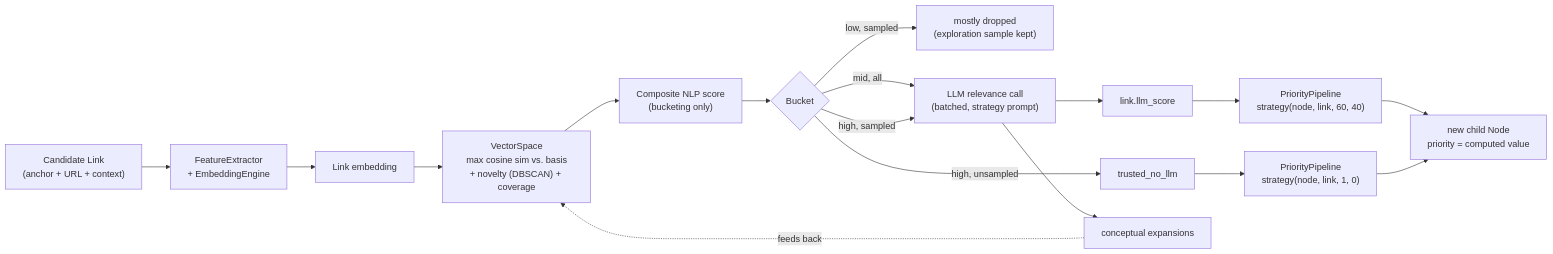
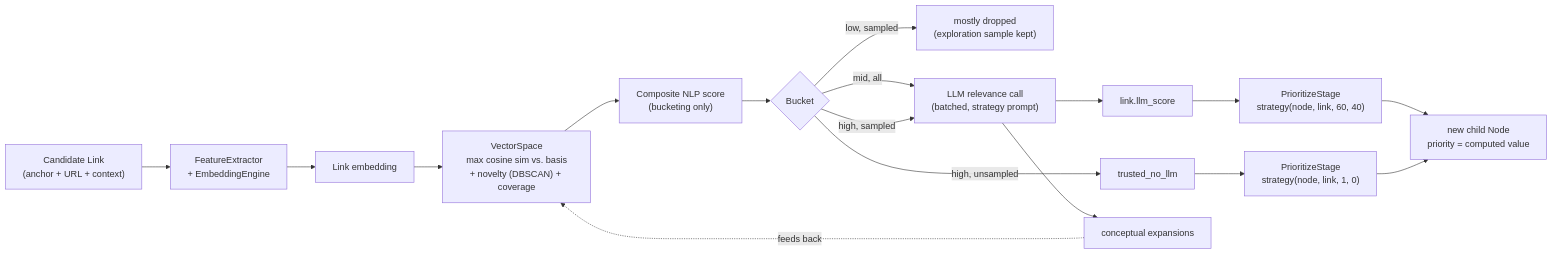
The diagram in docs/04-deep-dive-semantic-scoring.md (omarbounawarapy/CrawlViz), drawn with Mermaid before and after one commit. The commit also changed other lines of this file and 8 other files, not shown here.

Commit message:
Docs: the architecture guides use the stage and sink names

````diff
--- a/docs/04-deep-dive-semantic-scoring.md
+++ b/docs/04-deep-dive-semantic-scoring.md
@@ -64,20 +64,20 @@
 ```mermaid
 flowchart LR
     Link["Candidate Link<br/>(anchor + URL + context)"]
     Link --> FE["FeatureExtractor<br/>+ EmbeddingEngine"]
     FE --> Vec["Link embedding"]
     Vec --> VS["VectorSpace<br/>max cosine sim vs. basis<br/>+ novelty (DBSCAN) + coverage"]
     VS --> Composite["Composite NLP score<br/>(bucketing only)"]
     Composite --> Bucket{"Bucket"}
     Bucket -->|low, sampled| Drop["mostly dropped<br/>(exploration sample kept)"]
     Bucket -->|mid, all| LLM["LLM relevance call<br/>(batched, strategy prompt)"]
     Bucket -->|high, sampled| LLM
     Bucket -->|"high, unsampled"| Trusted["trusted_no_llm"]
     LLM --> LLMScore["link.llm_score"]
     LLM --> Expansions["conceptual expansions"]
     Expansions -.feeds back.-> VS
-    LLMScore --> Priority["PriorityPipeline<br/>strategy(node, link, 60, 40)"]
-    Trusted --> Priority2["PriorityPipeline<br/>strategy(node, link, 1, 0)"]
+    LLMScore --> Priority["PrioritizeStage<br/>strategy(node, link, 60, 40)"]
+    Trusted --> Priority2["PrioritizeStage<br/>strategy(node, link, 1, 0)"]
     Priority --> NewNode["new child Node<br/>priority = computed value"]
     Priority2 --> NewNode
 ```
````
